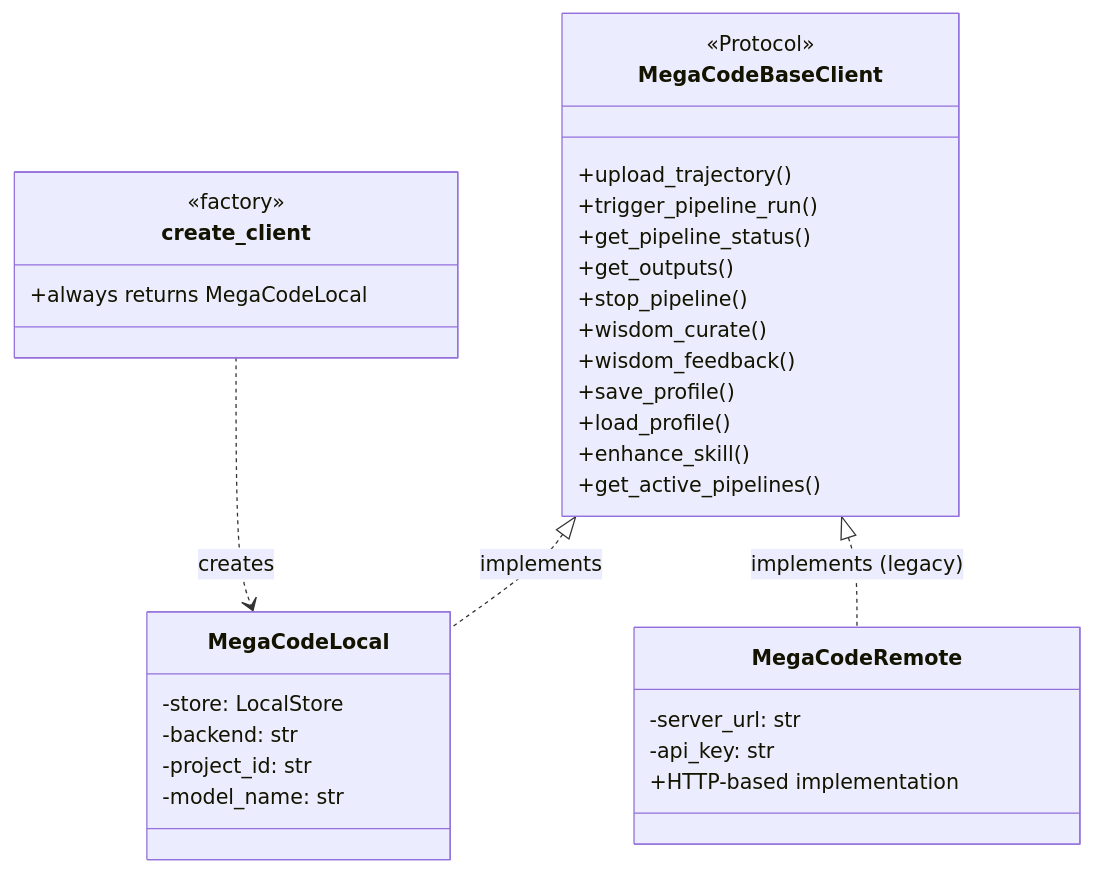
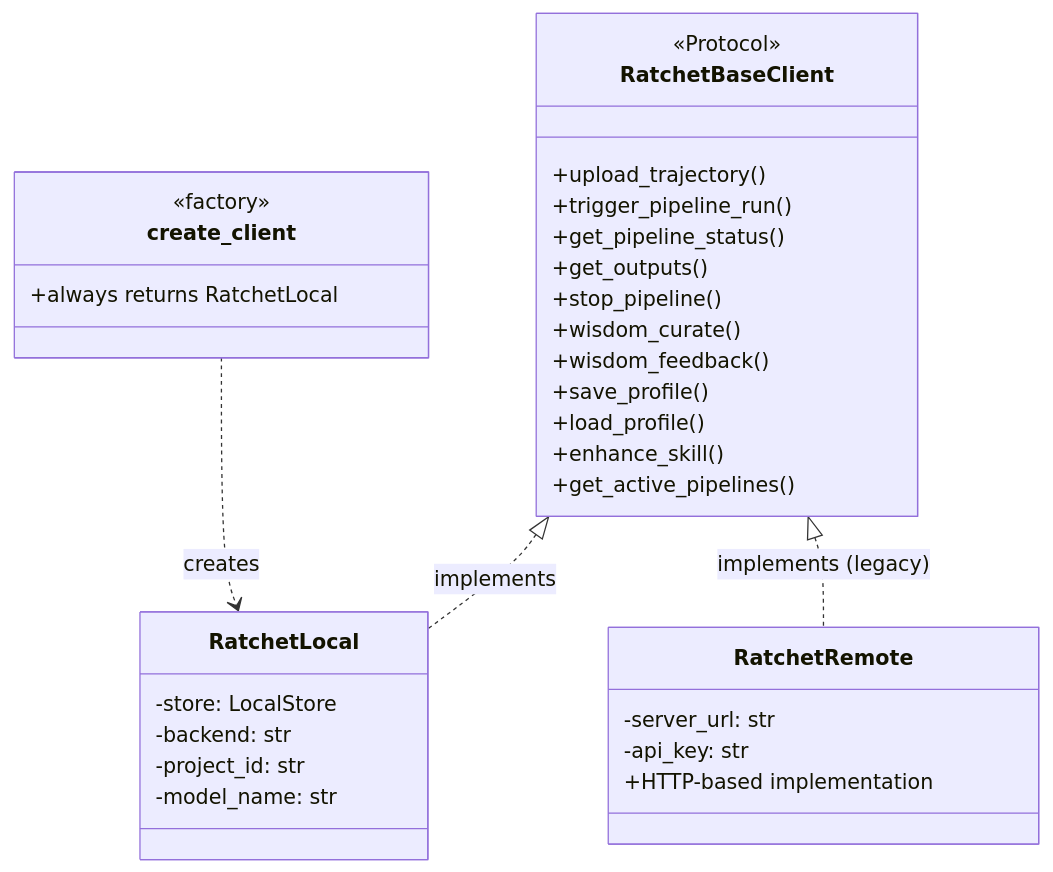
Before and after one commit to hbmartin/ratchet: the fourth of 12 diagrams in ARCHITECTURE_OVERVIEW.md, drawn with Mermaid. The commit also changed other lines of this file and 429 other files, not shown here.

````diff
--- a/ARCHITECTURE_OVERVIEW.md
+++ b/ARCHITECTURE_OVERVIEW.md
@@ -168,39 +168,39 @@
 ```mermaid
 classDiagram
-    class MegaCodeBaseClient {
+    class RatchetBaseClient {
         <<Protocol>>
         +upload_trajectory()
         +trigger_pipeline_run()
         +get_pipeline_status()
         +get_outputs()
         +stop_pipeline()
         +wisdom_curate()
         +wisdom_feedback()
         +save_profile()
         +load_profile()
         +enhance_skill()
         +get_active_pipelines()
     }
 
-    class MegaCodeLocal {
+    class RatchetLocal {
         -store: LocalStore
         -backend: str
         -project_id: str
         -model_name: str
     }
 
-    class MegaCodeRemote {
+    class RatchetRemote {
         -server_url: str
         -api_key: str
         +HTTP-based implementation
     }
 
-    MegaCodeBaseClient <|.. MegaCodeLocal : implements
-    MegaCodeBaseClient <|.. MegaCodeRemote : implements (legacy)
+    RatchetBaseClient <|.. RatchetLocal : implements
+    RatchetBaseClient <|.. RatchetRemote : implements (legacy)
 
     class create_client {
         <<factory>>
-        +always returns MegaCodeLocal
+        +always returns RatchetLocal
     }
-    create_client ..> MegaCodeLocal : creates
+    create_client ..> RatchetLocal : creates
 ```
````
